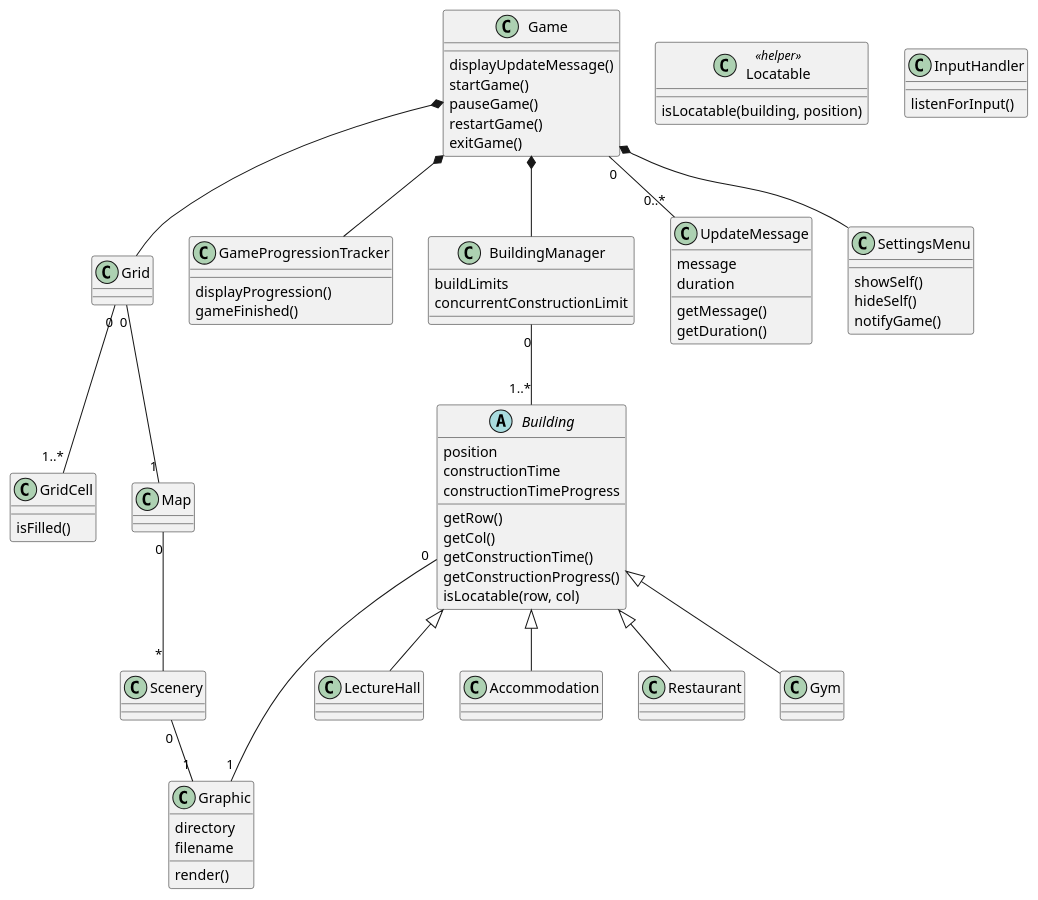
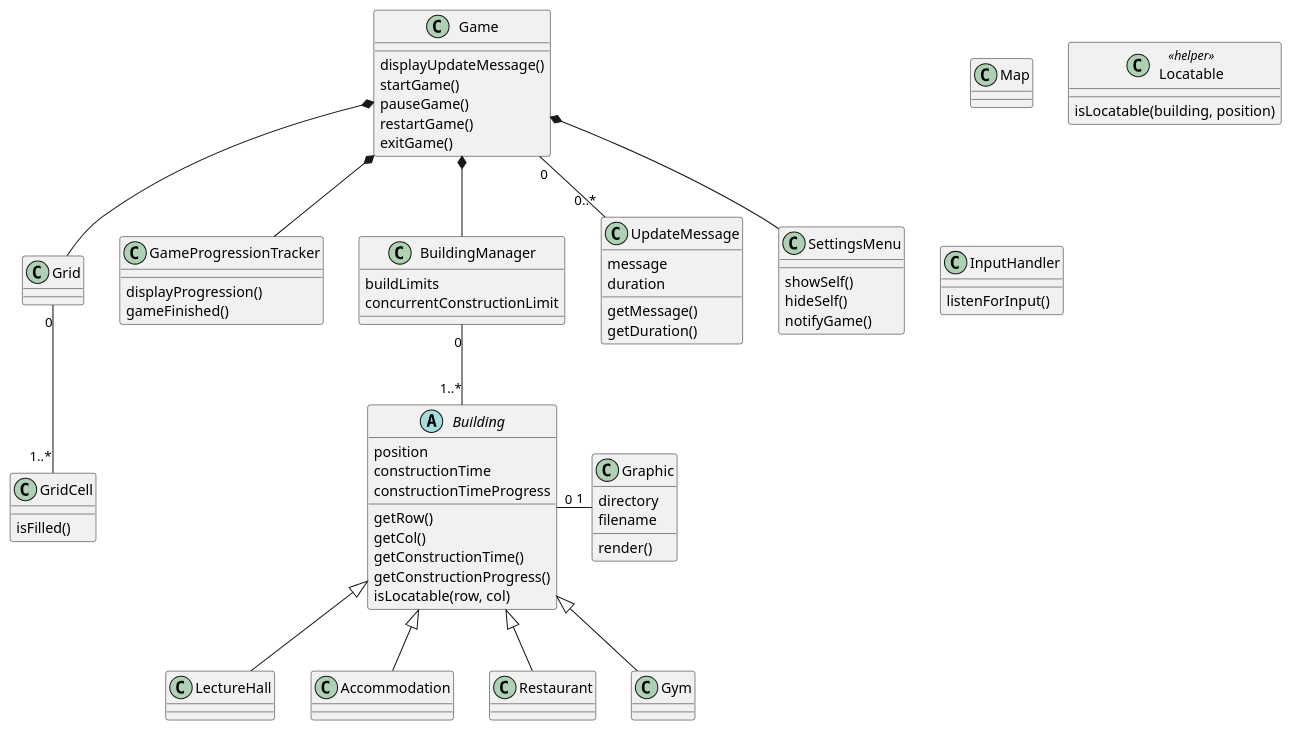
The diagram in planning/architecture/architecture.puml (mikevaux/eng1), drawn with PlantUML before and after one commit. The commit also changed 16 other files, not shown here.

```diff
--- a/planning/architecture/architecture.puml
+++ b/planning/architecture/architecture.puml
@@ -1,92 +1,85 @@
 @startuml
 class Game {
     displayUpdateMessage()
     startGame()
     pauseGame()
     restartGame()
     exitGame()
 }
 
 class Grid {}
 
 class GridCell {
     isFilled()
 }
 
 class Map {}
-
-class Scenery {}
 
 class GameProgressionTracker {
     displayProgression()
     gameFinished()
 }
 
 class BuildingManager {
     buildLimits
     concurrentConstructionLimit
 }
 
 abstract class Building {
     position
     constructionTime
     constructionTimeProgress
     getRow()
     getCol()
     getConstructionTime()
     getConstructionProgress()
     isLocatable(row, col)
 }
 
 class Locatable << helper >> {
     isLocatable(building, position)
 }
 
 class Graphic {
     directory
     filename
     render()
 }
 
 class InputHandler {
     listenForInput()
 }
 
 class UpdateMessage {
     message
     duration
     getMessage()
     getDuration()
 }
 
 class SettingsMenu {
     showSelf()
     hideSelf()
     notifyGame()
 }
 
 'Extensions
 Building <|-- LectureHall
 Building <|-- Accommodation
 Building <|-- Restaurant
 Building <|-- Gym
 
 'Compositions
 Game *-- Grid
 Game *-- BuildingManager
 Game *-- GameProgressionTracker
 Game *-- SettingsMenu
 
 'Associations
 Game "0" -- "0..*" UpdateMessage
 
-Grid "0" -- "1" Map
 Grid "0" -- "1..*" GridCell
-
-Map "0" -- "*" Scenery
-
-Scenery "0" -- "1" Graphic
 
 BuildingManager "0" -- "1..*" Building
 Building "0" - "1" Graphic
 @enduml
```
